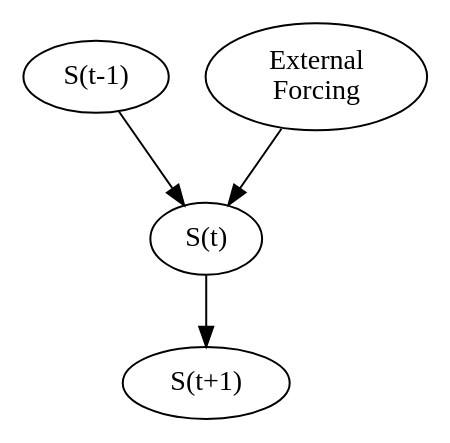
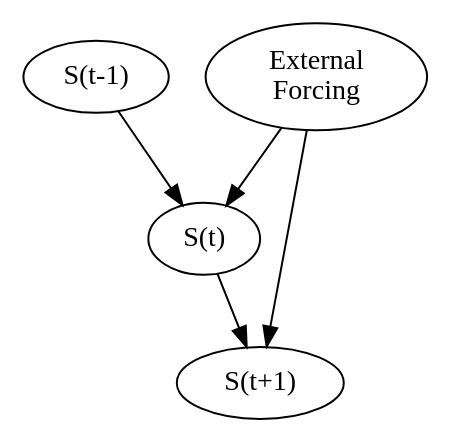
Before and after one commit to massma/causality-earth-science: the diagram in dot/forcing-graph.dot, drawn with Graphviz. The commit also changed 2 other files, not shown here.

```diff
--- a/dot/forcing-graph.dot
+++ b/dot/forcing-graph.dot
@@ -1,15 +1,15 @@
 digraph G {
 	sMinus1[label="S(t-1)"];
 
 	f[label="External\nForcing"];
 	s[label="S(t)"];
 
 	s1[label="S(t+1)"];
 
 	sMinus1 -> s;
 
 	f -> s;
-
+        f -> s1;
 	s -> s1;
 
 }
```
